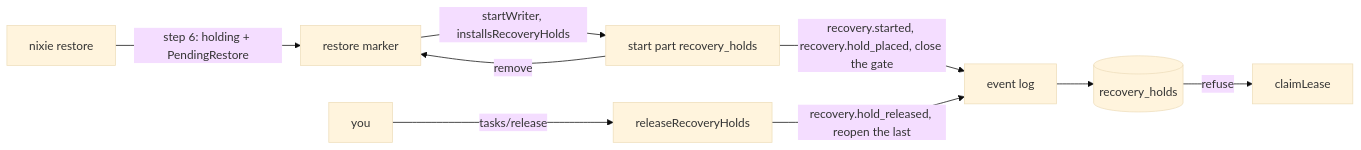
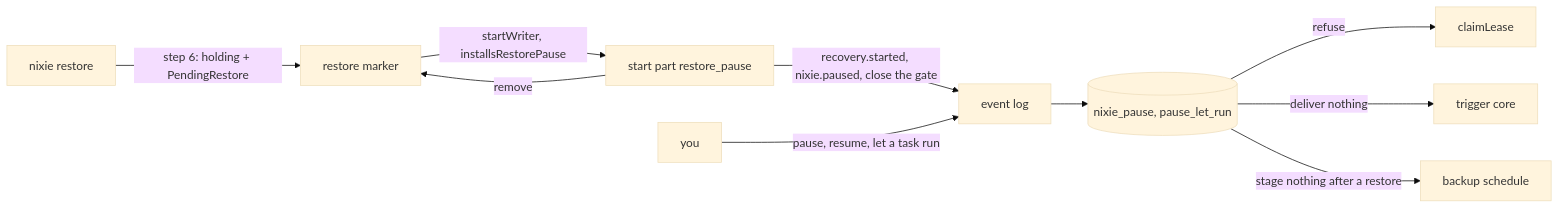
The diagram in docs/design/queue/recovery-hold.md (zgeoff/nixie), drawn with Mermaid (base theme) before and after one commit. The commit also changed other lines of this file and 11 other files, not shown here.

Commit message:
docs: replace the per-task recovery hold with a pause of all of nixie

````diff
--- a/docs/design/queue/recovery-hold.md
+++ b/docs/design/queue/recovery-hold.md
@@ -37,11 +42,12 @@
 ```mermaid
 flowchart LR
   restore[nixie restore] -->|"step 6: holding + PendingRestore"| marker[restore marker]
-  marker -->|"startWriter, installsRecoveryHolds"| part[start part recovery_holds]
-  part -->|"recovery.started, recovery.hold_placed, close the gate"| log[event log]
+  marker -->|"startWriter, installsRestorePause"| part[start part restore_pause]
+  part -->|"recovery.started, nixie.paused, close the gate"| log[event log]
   part -->|"remove"| marker
-  log --> holds[(recovery_holds)]
-  holds -->|"refuse"| claim[claimLease]
-  you[you] -->|"tasks/release"| release[releaseRecoveryHolds]
-  release -->|"recovery.hold_released, reopen the last"| log
+  you[you] -->|"pause, resume, let a task run"| log
+  log --> pause[(nixie_pause, pause_let_run)]
+  pause -->|"refuse"| claim[claimLease]
+  pause -->|"deliver nothing"| triggers[trigger core]
+  pause -->|"stage nothing after a restore"| backup[backup schedule]
 ```
````
